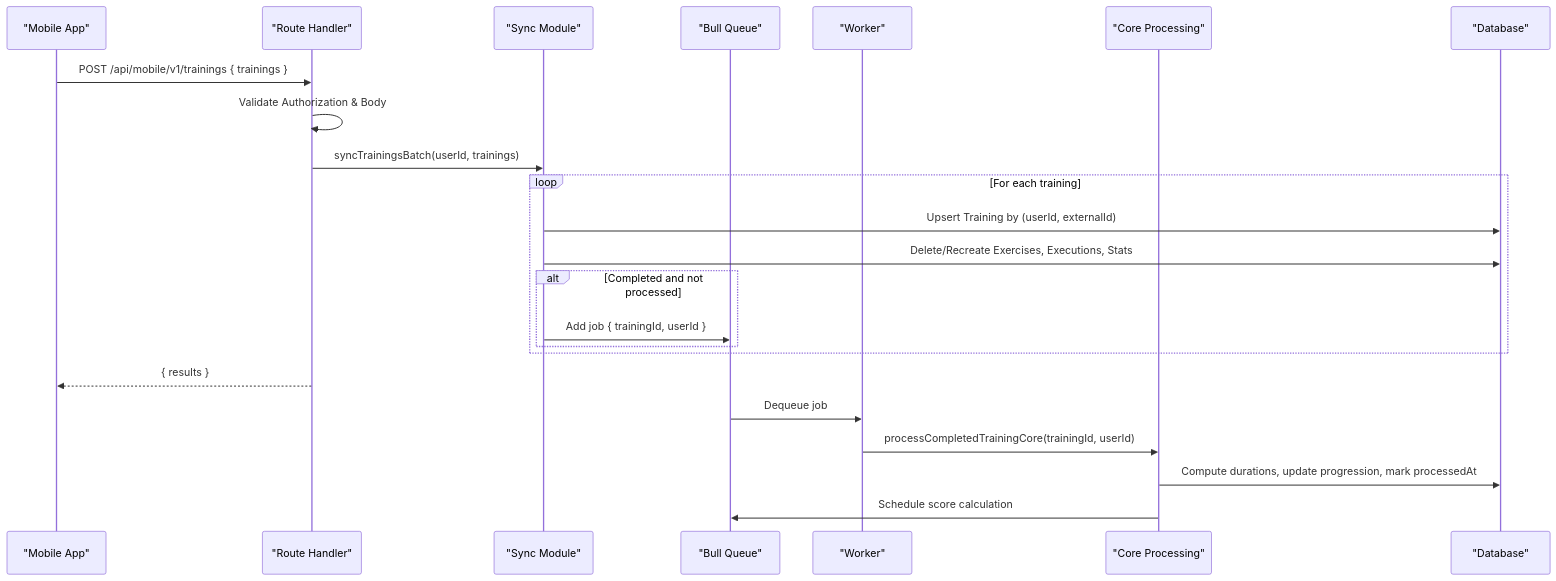
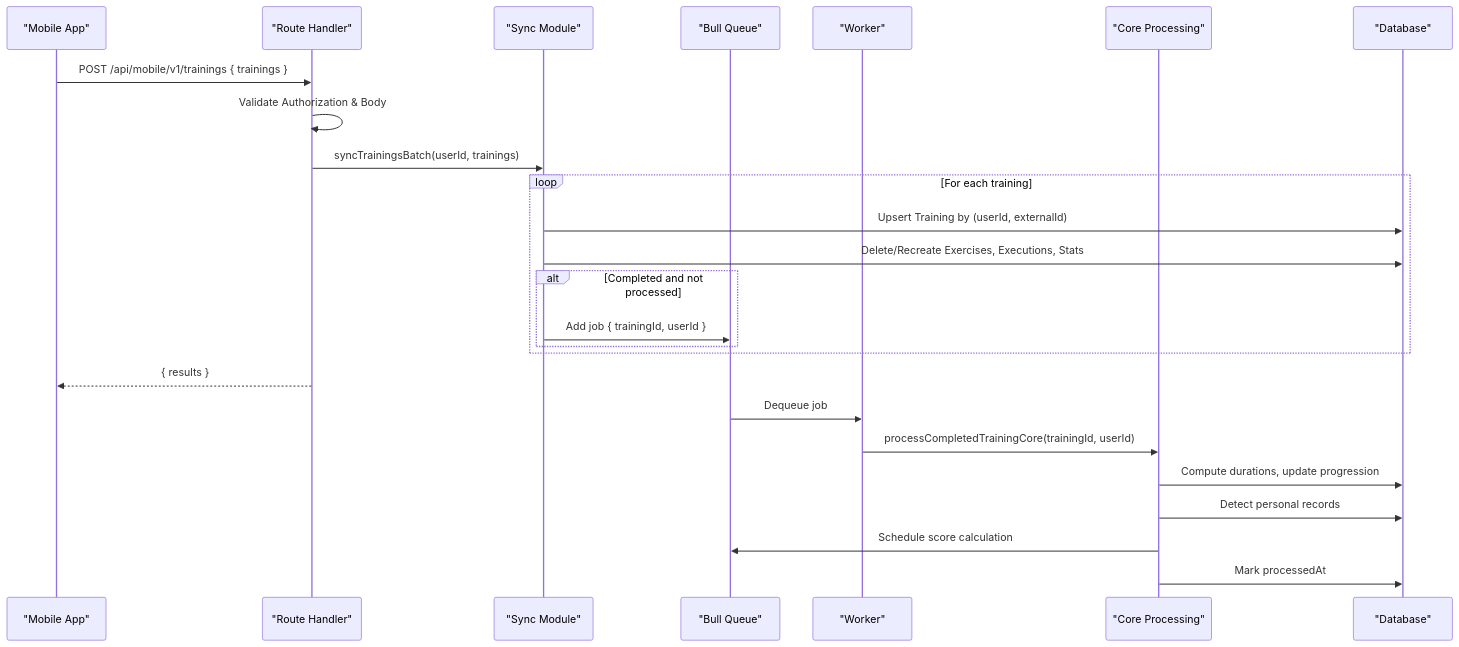
The second of 10 diagrams in .qoder/repowiki/en/content/Architecture Overview/Mobile API System.md (Dezzpil/meingym), drawn with Mermaid before and after one commit. The commit also changed other lines of this file and 12 other files, not shown here.

````diff
--- a/.qoder/repowiki/en/content/Architecture Overview/Mobile API System.md
+++ b/.qoder/repowiki/en/content/Architecture Overview/Mobile API System.md
@@ -78,25 +109,27 @@
 ```mermaid
 sequenceDiagram
 participant M as "Mobile App"
 participant R as "Route Handler"
 participant S as "Sync Module"
 participant Q as "Bull Queue"
 participant W as "Worker"
 participant C as "Core Processing"
 participant D as "Database"
 M->>R : POST /api/mobile/v1/trainings { trainings }
 R->>R : Validate Authorization & Body
 R->>S : syncTrainingsBatch(userId, trainings)
 loop For each training
 S->>D : Upsert Training by (userId, externalId)
 S->>D : Delete/Recreate Exercises, Executions, Stats
 alt Completed and not processed
 S->>Q : Add job { trainingId, userId }
 end
 end
 R-->>M : { results }
 Q->>W : Dequeue job
 W->>C : processCompletedTrainingCore(trainingId, userId)
-C->>D : Compute durations, update progression, mark processedAt
+C->>D : Compute durations, update progression
+C->>D : Detect personal records
 C->>Q : Schedule score calculation
+C->>D : Mark processedAt
 ```
````
